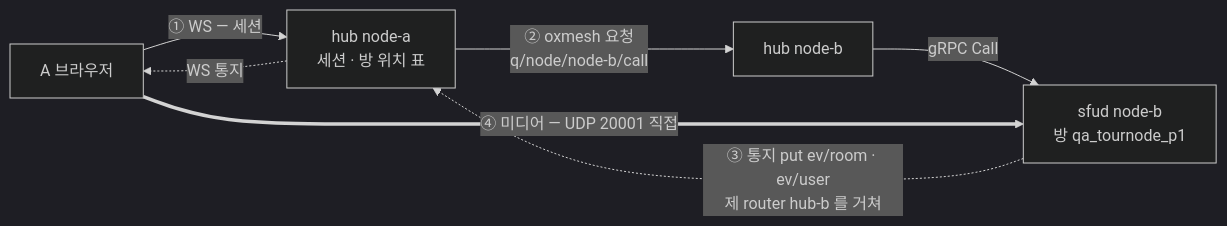
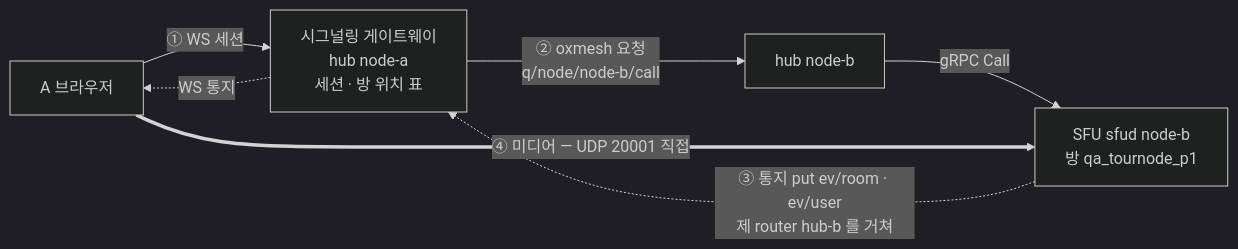
The first of 3 diagrams in docs/learn/13_MULTI_NODE.md (kodeholic9/oxlens-sfu), drawn with Mermaid (dark theme) before and after one commit. The commit also changed other lines of this file and 19 other files, not shown here.

````diff
--- a/docs/learn/13_MULTI_NODE.md
+++ b/docs/learn/13_MULTI_NODE.md
@@ -9,9 +9,9 @@
 ```mermaid
 flowchart LR
-  A["A 브라우저"] -- "① WS — 세션" --> HA["hub node-a<br/>세션 · 방 위치 표"]
+  A["A 브라우저"] -- "① WS 세션" --> HA["시그널링 게이트웨이<br/>hub node-a<br/>세션 · 방 위치 표"]
   HA -- "② oxmesh 요청<br/>q/node/node-b/call" --> HB["hub node-b"]
-  HB -- "gRPC Call" --> SB["sfud node-b<br/>방 qa_tournode_p1"]
+  HB -- "gRPC Call" --> SB["SFU sfud node-b<br/>방 qa_tournode_p1"]
   SB -. "③ 통지 put ev/room · ev/user<br/>제 router hub-b 를 거쳐" .-> HA
   HA -. "WS 통지" .-> A
   A == "④ 미디어 — UDP 20001 직접" ==> SB
 ```
````
